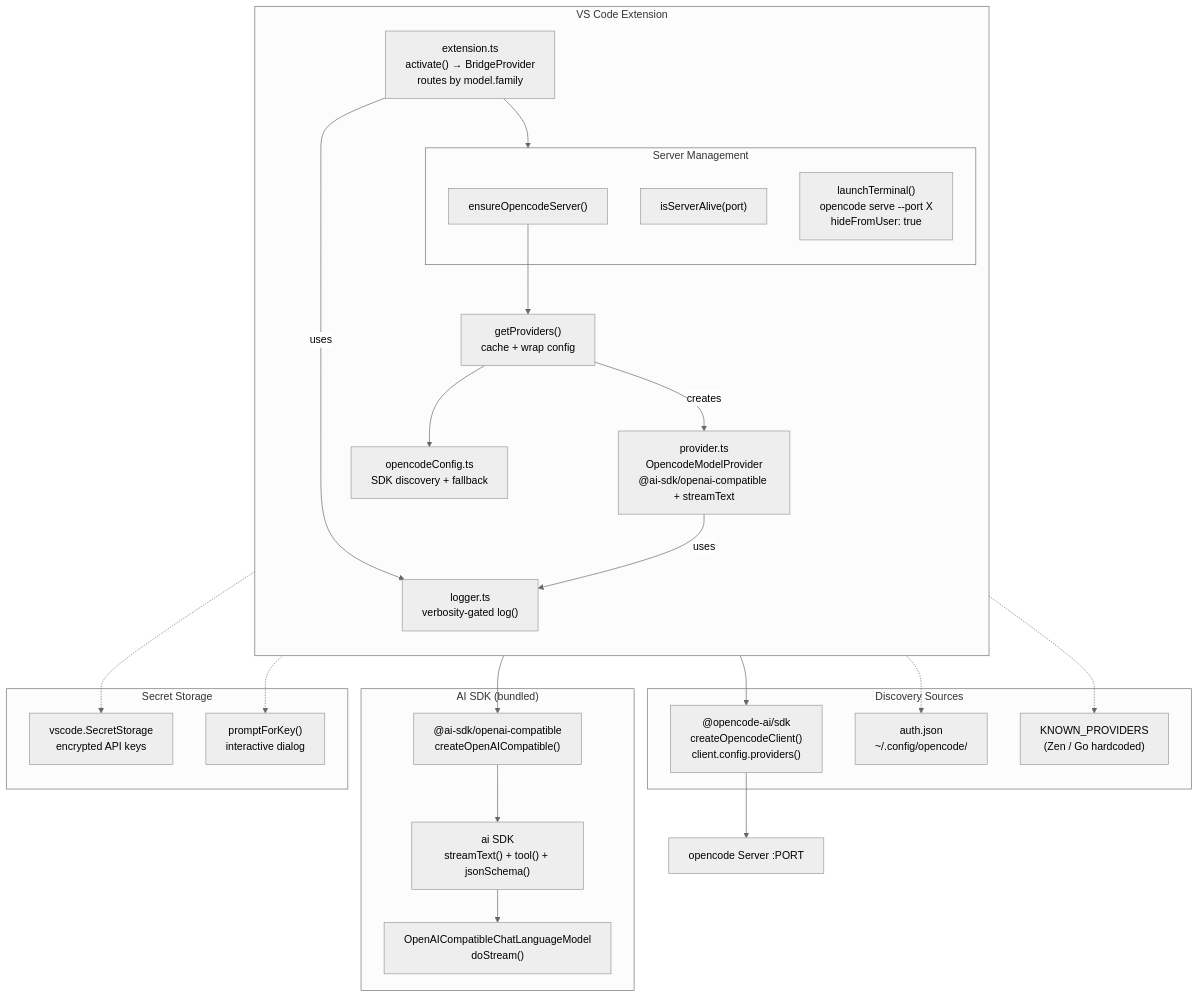
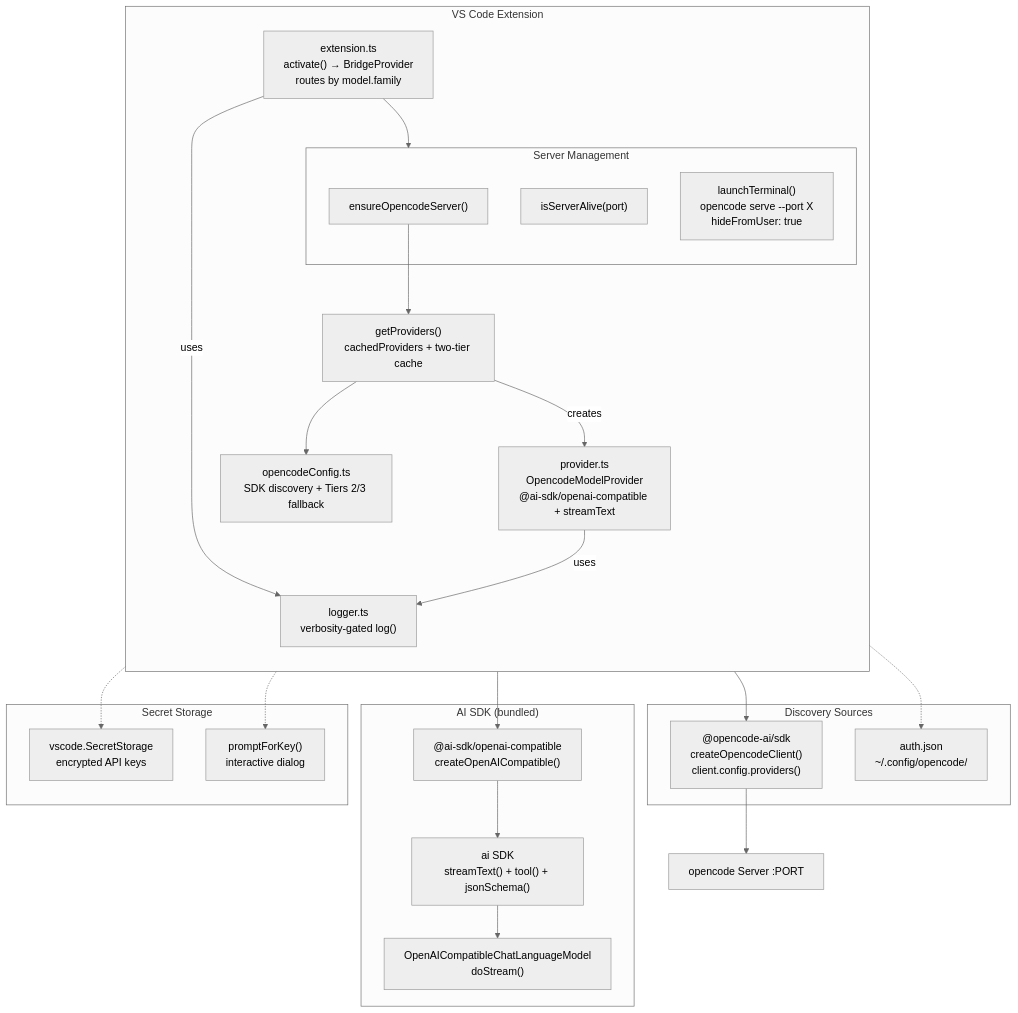
Before and after one commit to ankurmay1988/opencode-provider-bridge: the first of 2 diagrams in ARCHITECTURE.md, drawn with Mermaid (neutral theme). The commit also changed other lines of this file and 25 other files, not shown here.

````diff
--- a/ARCHITECTURE.md
+++ b/ARCHITECTURE.md
@@ -5,52 +5,50 @@
 ```mermaid
 flowchart TB
     subgraph VSCode["VS Code Extension"]
         direction TB
         ext["extension.ts<br/>activate() → BridgeProvider<br/>routes by model.family"]
 
         subgraph ServerMgmt["Server Management"]
             ensure["ensureOpencodeServer()"]
             alive["isServerAlive(port)"]
             launch["launchTerminal()<br/>opencode serve --port X<br/>hideFromUser: true"]
         end
 
-        cache["getProviders()<br/>cache + wrap config"]
-        config["opencodeConfig.ts<br/>SDK discovery + fallback"]
+        cache["getProviders()<br/>cachedProviders + two-tier cache"]
+        config["opencodeConfig.ts<br/>SDK discovery + Tiers 2/3 fallback"]
         prov["provider.ts<br/>OpencodeModelProvider<br/>@ai-sdk/openai-compatible + streamText"]
         logger["logger.ts<br/>verbosity-gated log()"]
 
         ext --> ServerMgmt
         ensure --> cache
         cache --> config
         cache --creates--> prov
         ext --uses--> logger
         prov --uses--> logger
     end
 
     subgraph Discovery["Discovery Sources"]
         sdk["@opencode-ai/sdk<br/>createOpencodeClient()<br/>client.config.providers()"]
         auth["auth.json<br/>~/.config/opencode/"]
-        known["KNOWN_PROVIDERS<br/>(Zen / Go hardcoded)"]
     end
 
     subgraph Execution["AI SDK (bundled)"]
         aisdk["@ai-sdk/openai-compatible<br/>createOpenAICompatible()"]
         ai["ai SDK<br/>streamText() + tool() + jsonSchema()"]
         provider["OpenAICompatibleChatLanguageModel<br/>doStream()"]
     end
 
     subgraph Secrets["Secret Storage"]
         ss["vscode.SecretStorage<br/>encrypted API keys"]
         prompt["promptForKey()<br/>interactive dialog"]
     end
 
     config --> sdk
     config -.-> auth
-    config -.-> known
     prov --> aisdk
     aisdk --> ai
     ai --> provider
     cache -.-> ss
     ext -.-> prompt
     sdk --> srv["opencode Server :PORT"]
 ```
````
